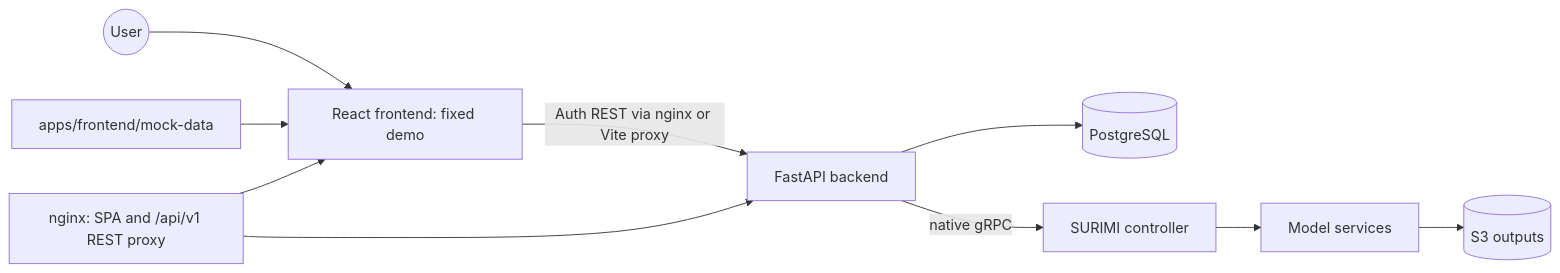
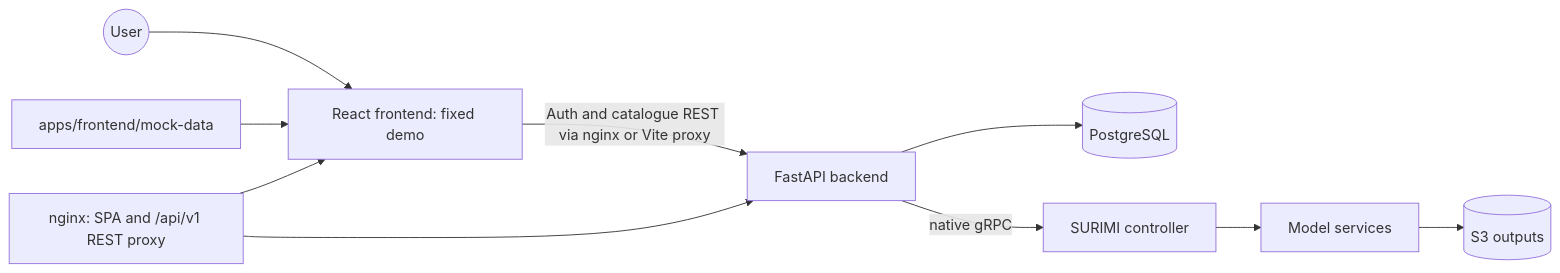
Before and after one commit to SURIMI-Project/SURIMI-modelgui: the first of 9 diagrams in docs/ARCHITECTURE.md, drawn with Mermaid. The commit also changed other lines of this file and 31 other files, not shown here.

````diff
--- a/docs/ARCHITECTURE.md
+++ b/docs/ARCHITECTURE.md
@@ -9,12 +9,12 @@
 ```mermaid
 flowchart LR
     user(("User")) --> spa["React frontend: fixed demo"]
     fixtures["apps/frontend/mock-data"] --> spa
-    spa -->|"Auth REST via nginx or Vite proxy"| api
+    spa -->|"Auth and catalogue REST via nginx or Vite proxy"| api
     nginx["nginx: SPA and /api/v1 REST proxy"] --> spa
     nginx --> api["FastAPI backend"]
     api --> postgres[("PostgreSQL")]
     api -->|"native gRPC"| ctrl["SURIMI controller"]
     ctrl --> models["Model services"]
     models --> s3[("S3 outputs")]
 ```
````
